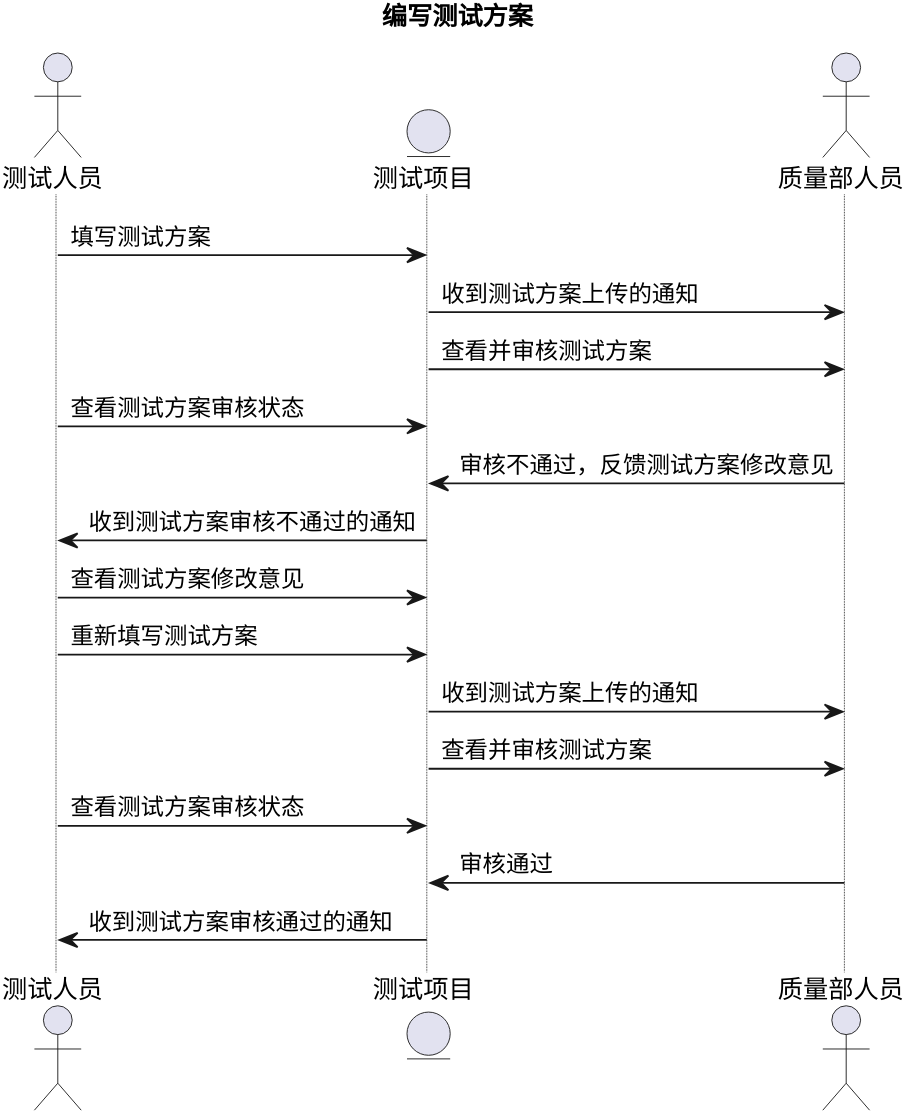
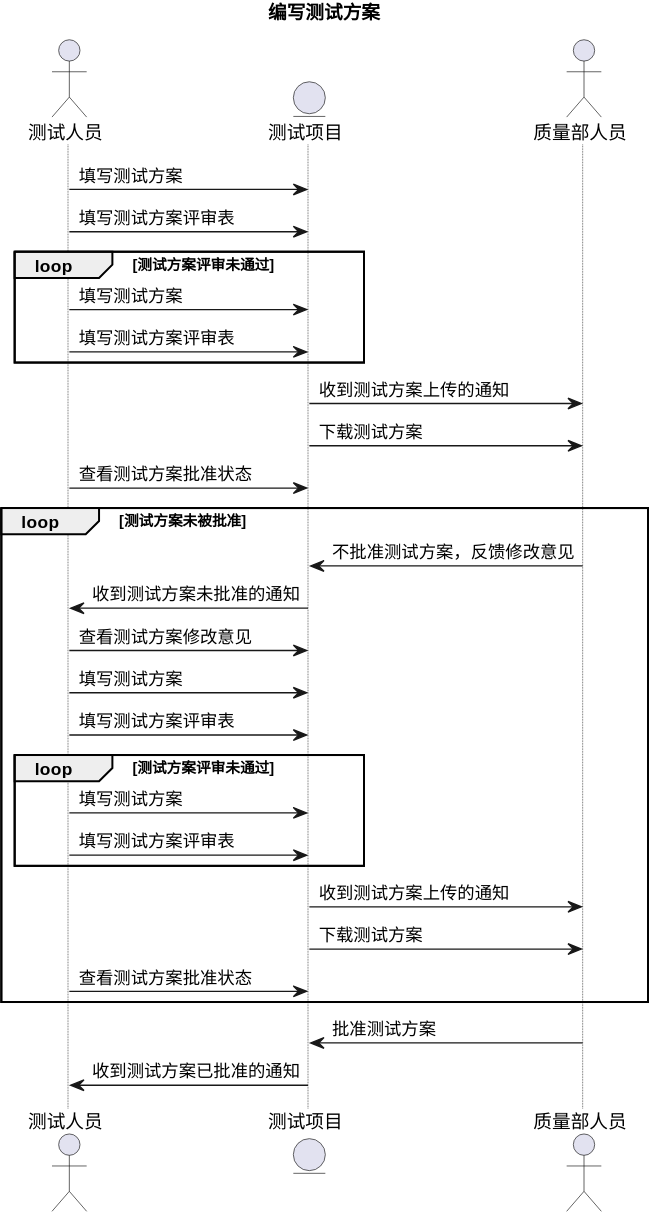
The diagram in file/writeTestPlan.plantuml (TheGreatAutomata/SE2022-SoftwareTestsSystem), drawn with PlantUML before and after one commit. The commit also changed 2 other files, not shown here.

```diff
--- a/file/writeTestPlan.plantuml
+++ b/file/writeTestPlan.plantuml
@@ -1,23 +1,36 @@
 @startuml 编写测试方案
 title 编写测试方案
-skinparam dpi 1080
+skinparam dpi 800
 
 actor 测试人员
 entity 测试项目
 actor 质量部人员
 
 测试人员 -> 测试项目 : 填写测试方案
-测试项目 -> 质量部人员 : 收到测试方案上传的通知
-测试项目 -> 质量部人员 : 查看并审核测试方案
-测试人员 -> 测试项目 : 查看测试方案审核状态
-质量部人员 -> 测试项目 : 审核不通过，反馈测试方案修改意见
-测试项目 -> 测试人员 : 收到测试方案审核不通过的通知
-测试人员 -> 测试项目 : 查看测试方案修改意见
-测试人员 -> 测试项目 : 重新填写测试方案
-测试项目 -> 质量部人员 : 收到测试方案上传的通知
-测试项目 -> 质量部人员 : 查看并审核测试方案
-测试人员 -> 测试项目 : 查看测试方案审核状态
-质量部人员 -> 测试项目 : 审核通过
-测试项目 -> 测试人员 : 收到测试方案审核通过的通知
+测试人员 -> 测试项目 : 填写测试方案评审表
+loop 测试方案评审未通过
+    测试人员 -> 测试项目 : 填写测试方案
+    测试人员 -> 测试项目 : 填写测试方案评审表
+end
+    测试项目 -> 质量部人员 : 收到测试方案上传的通知
+    测试项目 -> 质量部人员 : 下载测试方案
+    测试人员 -> 测试项目 : 查看测试方案批准状态
+loop 测试方案未被批准
+    质量部人员 -> 测试项目 : 不批准测试方案，反馈修改意见
+    测试项目 -> 测试人员 : 收到测试方案未批准的通知
+    测试人员 -> 测试项目 : 查看测试方案修改意见
+    测试人员 -> 测试项目 : 填写测试方案
+    测试人员 -> 测试项目 : 填写测试方案评审表
+    loop 测试方案评审未通过
+        测试人员 -> 测试项目 : 填写测试方案
+        测试人员 -> 测试项目 : 填写测试方案评审表
+    end
+    测试项目 -> 质量部人员 : 收到测试方案上传的通知
+    测试项目 -> 质量部人员 : 下载测试方案
+    测试人员 -> 测试项目 : 查看测试方案批准状态
+end
+
+质量部人员 -> 测试项目 : 批准测试方案
+测试项目 -> 测试人员 : 收到测试方案已批准的通知
 
 @enduml
```
